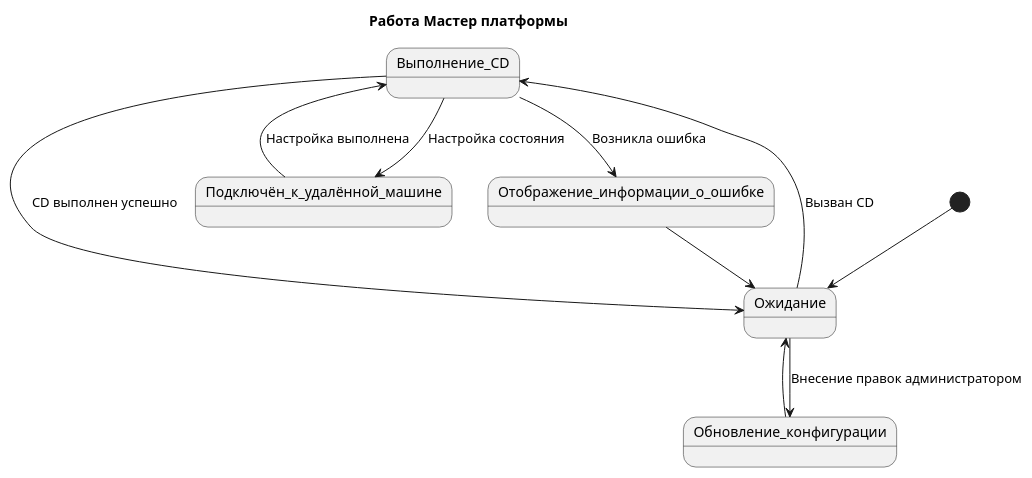
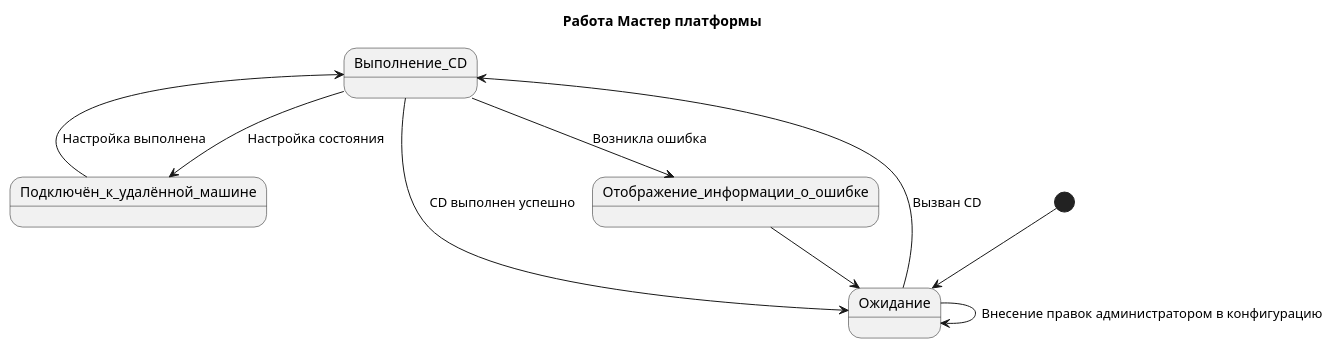
The diagram in Диаграммы/State диаграмма 2.wsd (AntSib/prog-tools-uml), drawn with PlantUML before and after one commit. The commit also changed 1 other file, not shown here.

```diff
--- a/Диаграммы/State диаграмма 2.wsd
+++ b/Диаграммы/State диаграмма 2.wsd
@@ -1,20 +1,17 @@
 @startuml Работа Мастер платформы
 
 title Работа Мастер платформы
 
 [*] --> Ожидание
 
-Ожидание <-- Обновление_конфигурации
-Ожидание --> Обновление_конфигурации: Внесение правок администратором
+Ожидание --> Ожидание: Внесение правок администратором в конфигурацию
 Ожидание --> Выполнение_CD: Вызван CD
-
 
 Выполнение_CD --> Ожидание : CD выполнен успешно
 Выполнение_CD --> Отображение_информации_о_ошибке : Возникла ошибка
 Выполнение_CD --> Подключён_к_удалённой_машине: Настройка состояния
 Выполнение_CD <-- Подключён_к_удалённой_машине: Настройка выполнена
 
-
 Отображение_информации_о_ошибке --> Ожидание
 
 @enduml
```
